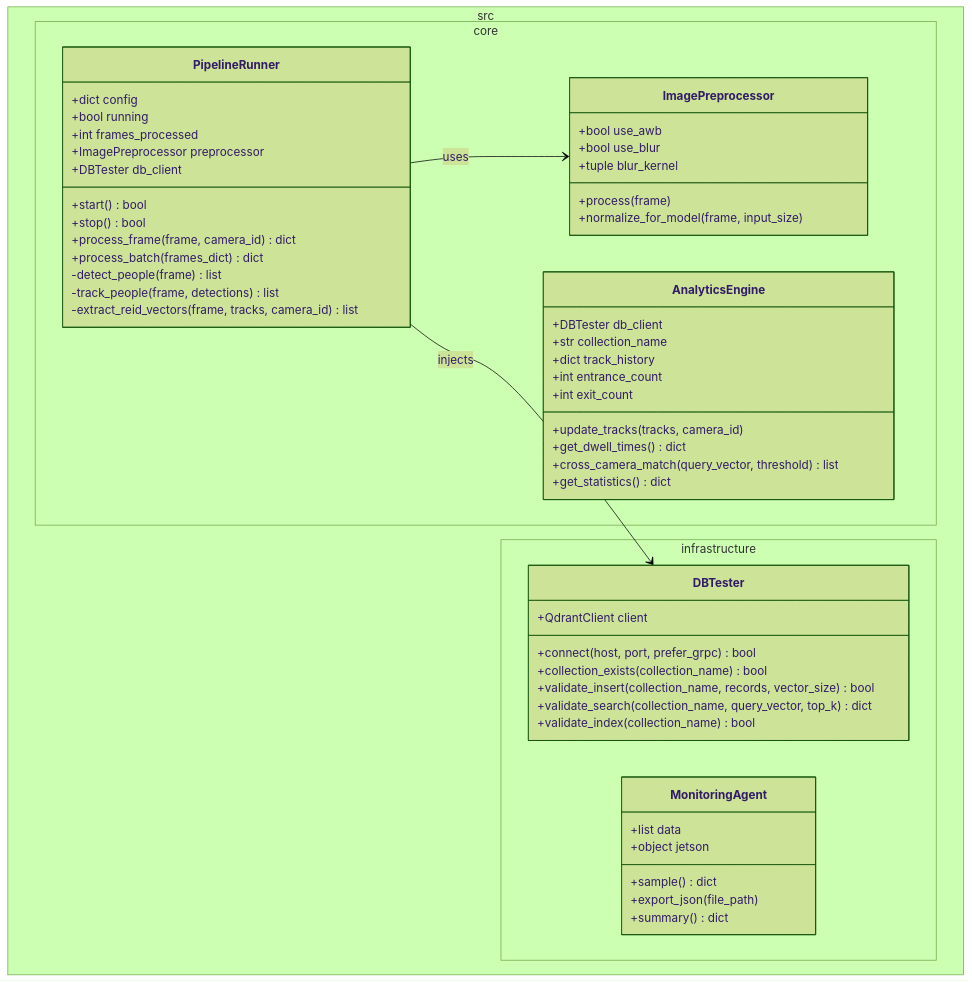
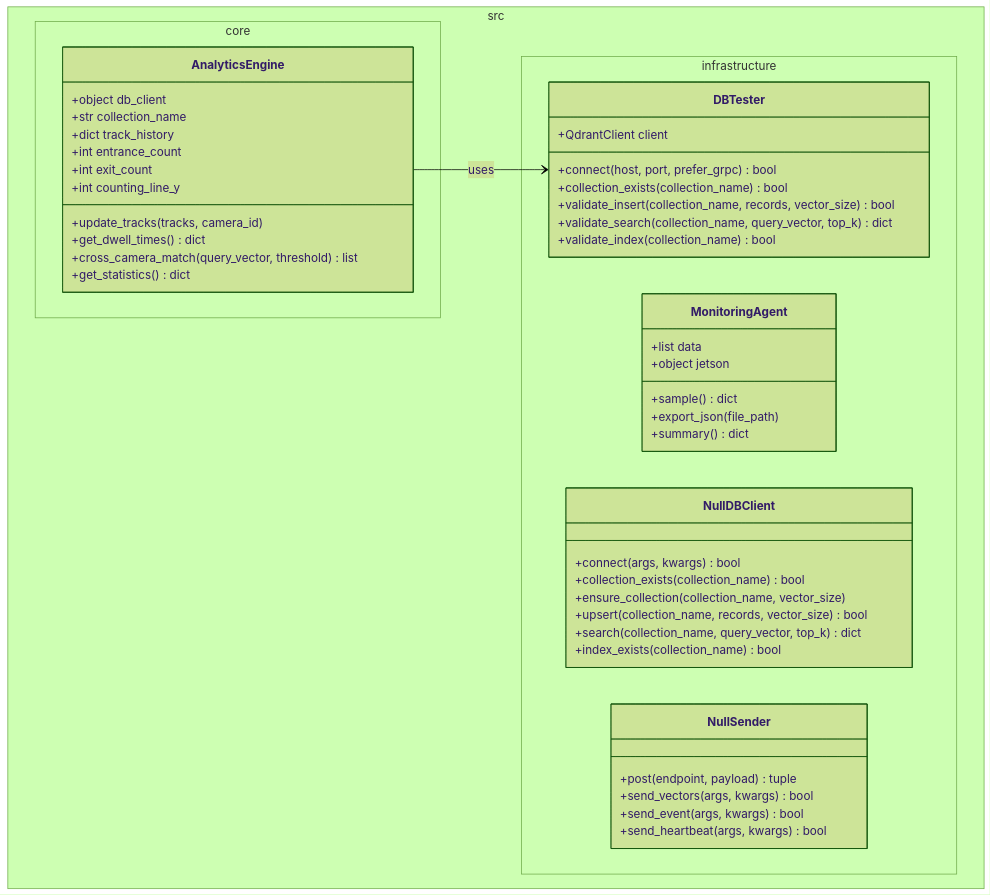
The third of 3 diagrams in docs/edge-design.md (artport-max/EYE-D), drawn with Mermaid (forest theme) before and after one commit. The commit also changed other lines of this file and 5 other files, not shown here.

First line of the commit message:
feat(edge): refactor architecture diagrams and commit core pipeline modules

````diff
--- a/docs/edge-design.md
+++ b/docs/edge-design.md
@@ -5,61 +137,54 @@
 ```mermaid
 classDiagram
     namespace src.core {
-        class PipelineRunner {
-            +dict config
-            +bool running
-            +int frames_processed
-            +ImagePreprocessor preprocessor
-            +DBTester db_client
-            +start() bool
-            +stop() bool
-            +process_frame(frame, camera_id) dict
-            +process_batch(frames_dict) dict
-            -detect_people(frame) list
-            -track_people(frame, detections) list
-            -extract_reid_vectors(frame, tracks, camera_id) list
-        }
-        
-        class ImagePreprocessor {
-            +bool use_awb
-            +bool use_blur
-            +tuple blur_kernel
-            +process(frame)
-            +normalize_for_model(frame, input_size)
-        }
-        
         class AnalyticsEngine {
-            +DBTester db_client
+            +object db_client
             +str collection_name
             +dict track_history
             +int entrance_count
             +int exit_count
+            +int counting_line_y
             +update_tracks(tracks, camera_id)
             +get_dwell_times() dict
             +cross_camera_match(query_vector, threshold) list
             +get_statistics() dict
         }
     }
 
     namespace src.infrastructure {
         class DBTester {
             +QdrantClient client
             +connect(host, port, prefer_grpc) bool
             +collection_exists(collection_name) bool
             +validate_insert(collection_name, records, vector_size) bool
             +validate_search(collection_name, query_vector, top_k) dict
             +validate_index(collection_name) bool
         }
         
         class MonitoringAgent {
             +list data
             +object jetson
             +sample() dict
             +export_json(file_path)
             +summary() dict
         }
+
+        class NullDBClient {
+            +connect(args, kwargs) bool
+            +collection_exists(collection_name) bool
+            +ensure_collection(collection_name, vector_size)
+            +upsert(collection_name, records, vector_size) bool
+            +search(collection_name, query_vector, top_k) dict
+            +index_exists(collection_name) bool
+        }
+
+        class NullSender {
+            +post(endpoint, payload) tuple
+            +send_vectors(args, kwargs) bool
+            +send_event(args, kwargs) bool
+            +send_heartbeat(args, kwargs) bool
+        }
     }
 
-    PipelineRunner --> ImagePreprocessor : uses
-    PipelineRunner --> DBTester : injects
+    AnalyticsEngine --> DBTester : uses
 ```
````
